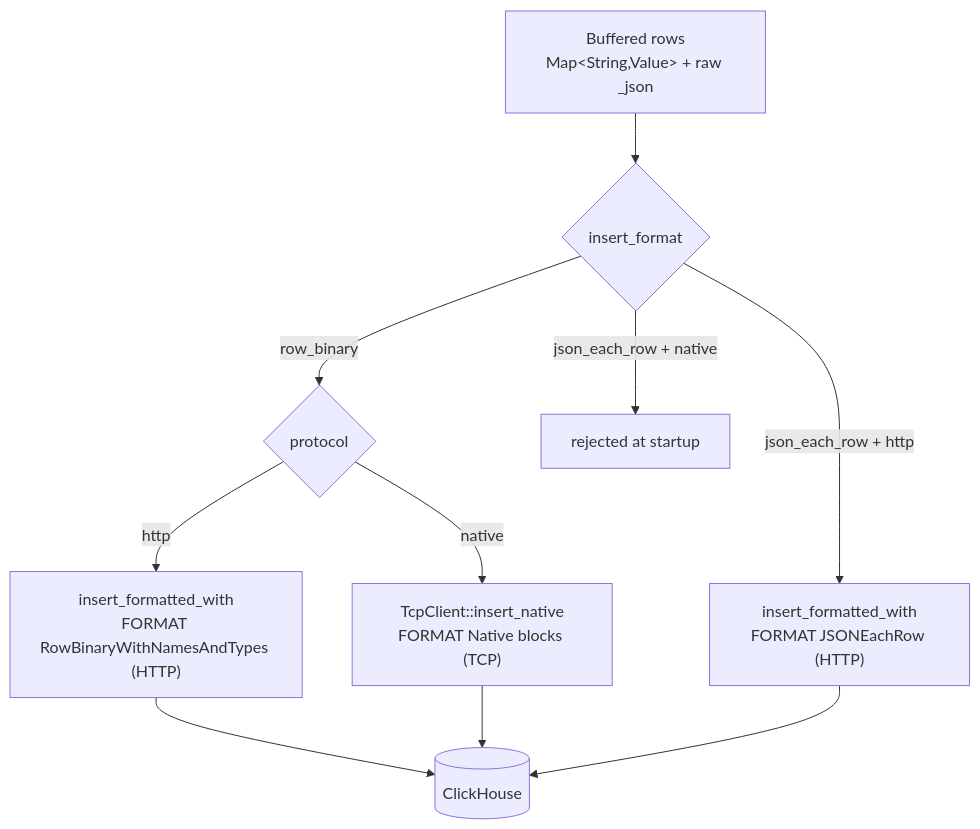
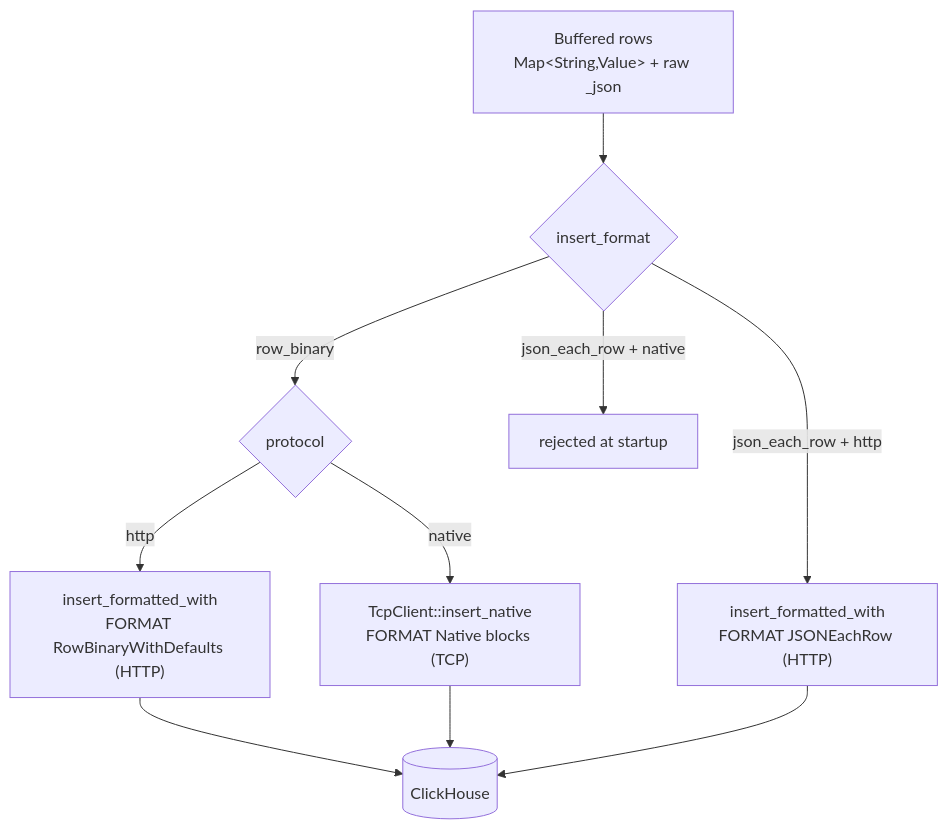
Before and after one commit to hyperi-io/dfe-loader: the diagram in docs/clickhouse/insert-formats.md, drawn with Mermaid. The commit also changed other lines of this file and 69 other files, not shown here.

````diff
--- a/docs/clickhouse/insert-formats.md
+++ b/docs/clickhouse/insert-formats.md
@@ -19,18 +19,18 @@
 ```mermaid
 flowchart TB
     ROW["Buffered rows<br/>Map&lt;String,Value&gt; + raw _json"]
     F{"insert_format"}
     T{"protocol"}
-    RBH["insert_formatted_with<br/>FORMAT RowBinaryWithNamesAndTypes (HTTP)"]
+    RBH["insert_formatted_with<br/>FORMAT RowBinaryWithDefaults (HTTP)"]
     RBT["TcpClient::insert_native<br/>FORMAT Native blocks (TCP)"]
     JE["insert_formatted_with<br/>FORMAT JSONEachRow (HTTP)"]
     REJ["rejected at startup"]
     CH[("ClickHouse")]
 
     ROW --> F
     F -->|row_binary| T
     T -->|http| RBH --> CH
     T -->|native| RBT --> CH
     F -->|json_each_row + http| JE --> CH
     F -->|json_each_row + native| REJ
 ```
````
